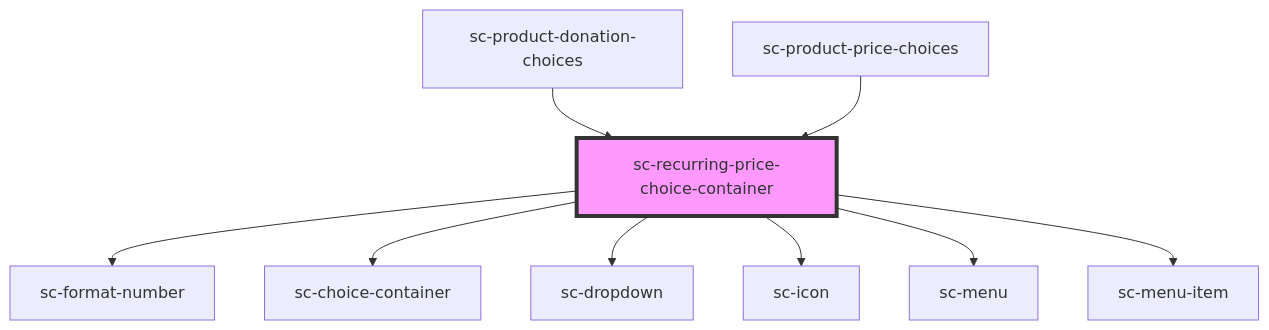
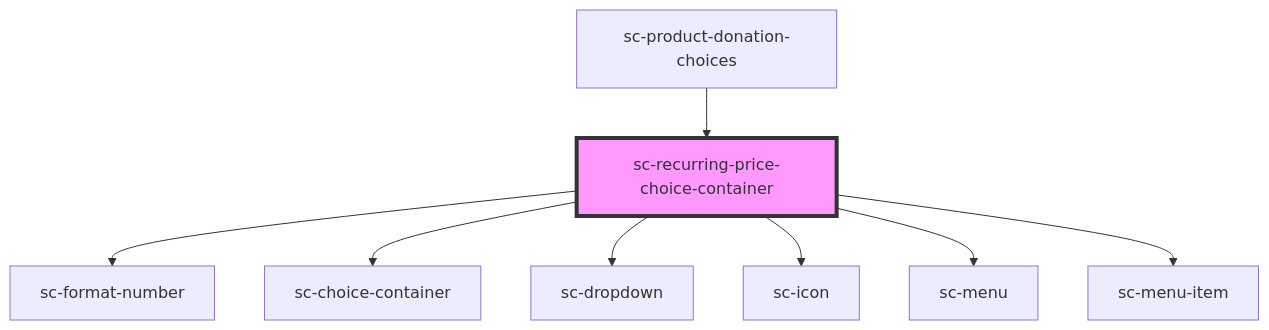
One commit to surecart/surecart-wp-plugin changed the diagram in packages/components/src/components/ui/sc-recurring-price-choice-container/readme.md. Above: the diagram before and after it, drawn with Mermaid. The commit also changed other lines of this file and 7 other files, not shown here.

````diff
--- a/packages/components/src/components/ui/sc-recurring-price-choice-container/readme.md
+++ b/packages/components/src/components/ui/sc-recurring-price-choice-container/readme.md
@@ -45,12 +44,11 @@
 ```mermaid
 graph TD;
   sc-recurring-price-choice-container --> sc-format-number
   sc-recurring-price-choice-container --> sc-choice-container
   sc-recurring-price-choice-container --> sc-dropdown
   sc-recurring-price-choice-container --> sc-icon
   sc-recurring-price-choice-container --> sc-menu
   sc-recurring-price-choice-container --> sc-menu-item
   sc-product-donation-choices --> sc-recurring-price-choice-container
-  sc-product-price-choices --> sc-recurring-price-choice-container
   style sc-recurring-price-choice-container fill:#f9f,stroke:#333,stroke-width:4px
 ```
````
